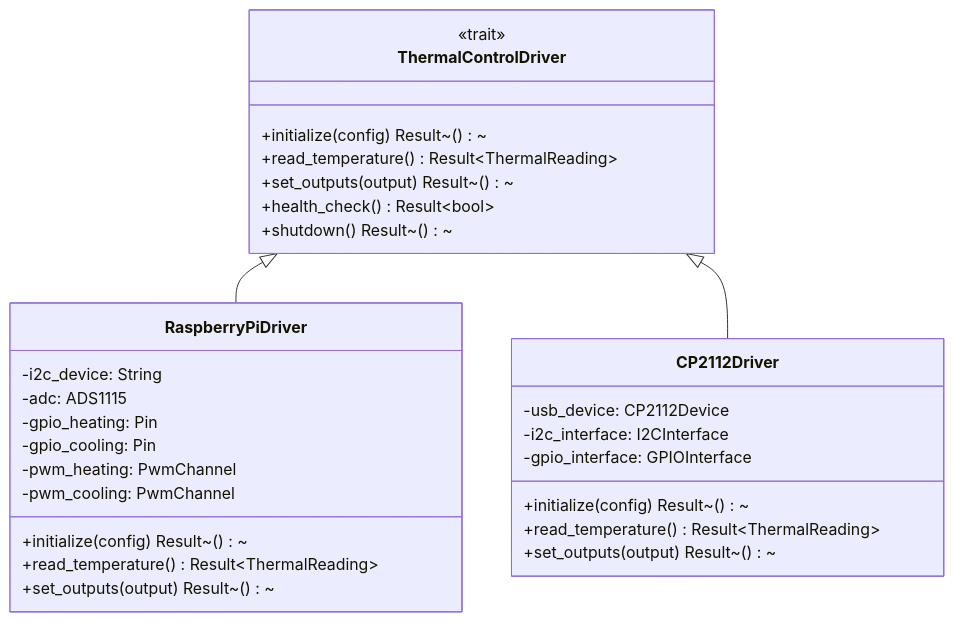
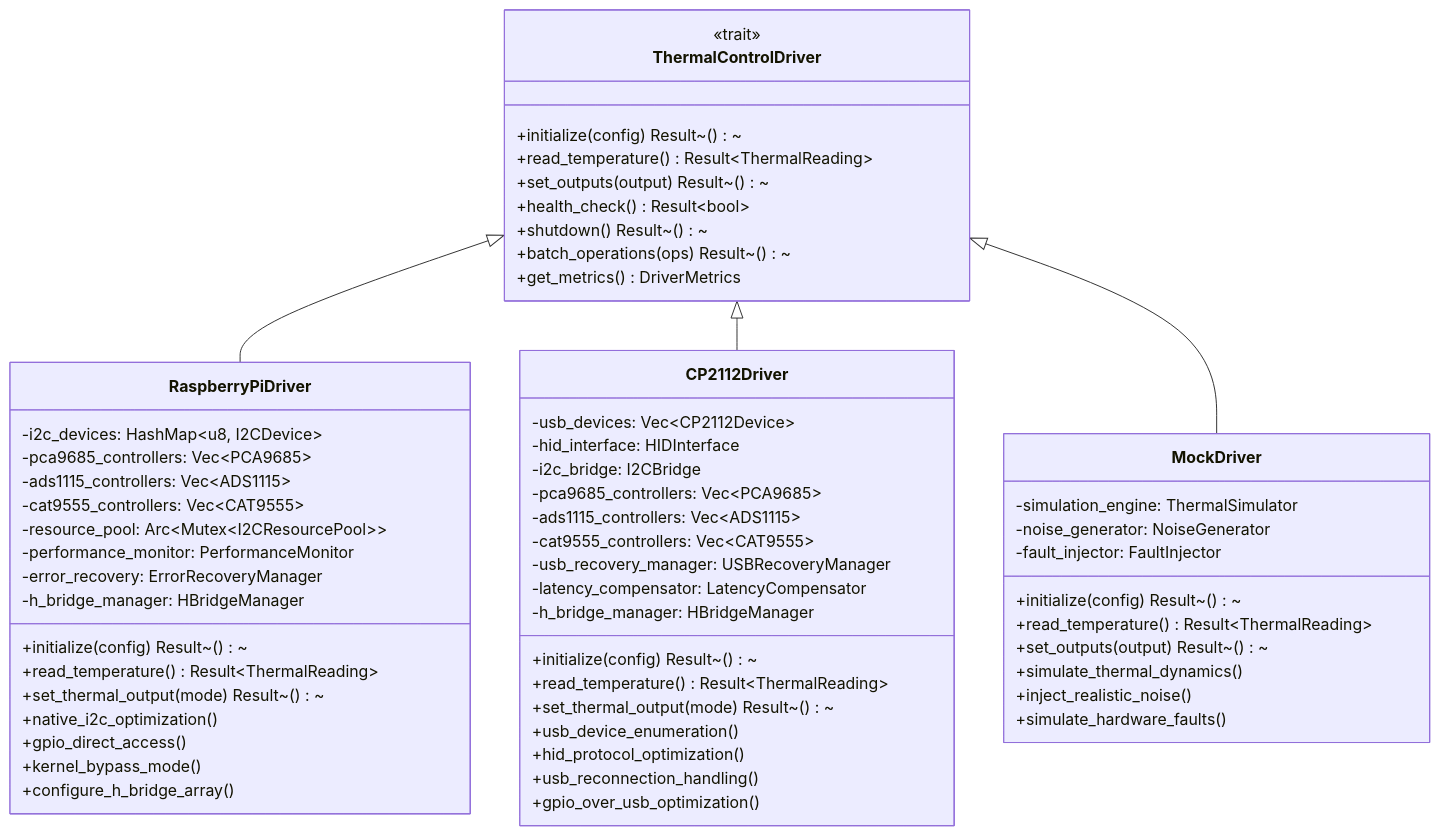
Before and after one commit to sctg-development/rust-photoacoustic: diagram 11 of 22 in docs/regulation_thermique.md, drawn with Mermaid. The commit also changed other lines of this file, not shown here.

Commit message:
update thermal regulation

````diff
--- a/docs/regulation_thermique.md
+++ b/docs/regulation_thermique.md
@@ -310,35 +863,66 @@
 ```mermaid
 classDiagram
     class ThermalControlDriver {
         <<trait>>
         +initialize(config) Result~()~
         +read_temperature() Result~ThermalReading~
         +set_outputs(output) Result~()~
         +health_check() Result~bool~
         +shutdown() Result~()~
+        +batch_operations(ops) Result~()~
+        +get_metrics() DriverMetrics
     }
     
     class RaspberryPiDriver {
-        -i2c_device: String
-        -adc: ADS1115
-        -gpio_heating: Pin
-        -gpio_cooling: Pin
-        -pwm_heating: PwmChannel
-        -pwm_cooling: PwmChannel
+        -i2c_devices: HashMap~u8, I2CDevice~
+        -pca9685_controllers: Vec~PCA9685~
+        -ads1115_controllers: Vec~ADS1115~
+        -cat9555_controllers: Vec~CAT9555~
+        -resource_pool: Arc~Mutex~I2CResourcePool~~
+        -performance_monitor: PerformanceMonitor
+        -error_recovery: ErrorRecoveryManager
+        -h_bridge_manager: HBridgeManager
+        +initialize(config) Result~()~
+        +read_temperature() Result~ThermalReading~
+        +set_thermal_output(mode) Result~()~
+        +native_i2c_optimization()
+        +gpio_direct_access()
+        +kernel_bypass_mode()
+        +configure_h_bridge_array()
+    }
+    
+    class CP2112Driver {
+        -usb_devices: Vec~CP2112Device~
+        -hid_interface: HIDInterface
+        -i2c_bridge: I2CBridge
+        -pca9685_controllers: Vec~PCA9685~
+        -ads1115_controllers: Vec~ADS1115~
+        -cat9555_controllers: Vec~CAT9555~
+        -usb_recovery_manager: USBRecoveryManager
+        -latency_compensator: LatencyCompensator
+        -h_bridge_manager: HBridgeManager
+        +initialize(config) Result~()~
+        +read_temperature() Result~ThermalReading~
+        +set_thermal_output(mode) Result~()~
+        +usb_device_enumeration()
+        +hid_protocol_optimization()
+        +usb_reconnection_handling()
+        +gpio_over_usb_optimization()
+    }
+    
+    class MockDriver {
+        -simulation_engine: ThermalSimulator
+        -noise_generator: NoiseGenerator
+        -fault_injector: FaultInjector
         +initialize(config) Result~()~
         +read_temperature() Result~ThermalReading~
         +set_outputs(output) Result~()~
-    }
-    
-    class CP2112Driver {
-        -usb_device: CP2112Device
-        -i2c_interface: I2CInterface
-        -gpio_interface: GPIOInterface
-        +initialize(config) Result~()~
-        +read_temperature() Result~ThermalReading~
-        +set_outputs(output) Result~()~
+        +simulate_thermal_dynamics()
+        +inject_realistic_noise()
+        +simulate_hardware_faults()
     }
     
     ThermalControlDriver <|-- RaspberryPiDriver
     ThermalControlDriver <|-- CP2112Driver
+    ThermalControlDriver <|-- MockDriver
 ```
````
